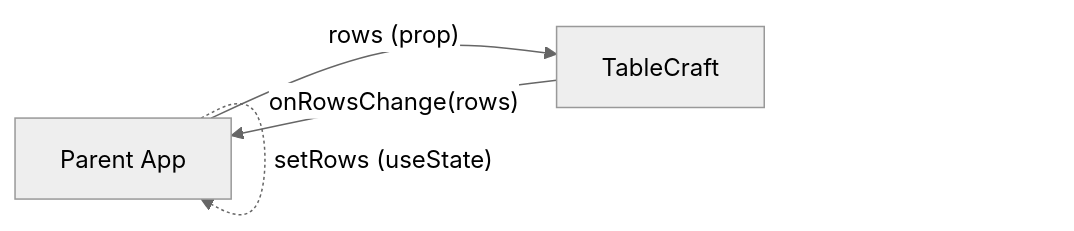
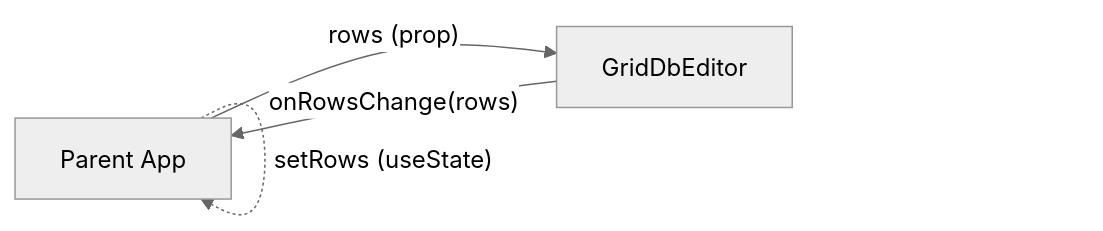
Before and after one commit to SebastianBaltes/customtable: the first of 3 diagrams in README.md, drawn with Mermaid (neutral theme). The commit also changed other lines of this file and 31 other files, not shown here.

Commit message:
Rename TableCraft -> GridDbEditor everywhere, rename repo to react-grid-db-editor

````diff
--- a/README.md
+++ b/README.md
@@ -171,9 +171,9 @@
 ```mermaid
 flowchart LR
   Parent[Parent App]
-  CT[TableCraft]
+  CT[GridDbEditor]
 
   Parent -- "rows (prop)" --> CT
   CT -- "onRowsChange(rows)" --> Parent
   Parent -.-> |"setRows (useState)"| Parent
 ```
````
